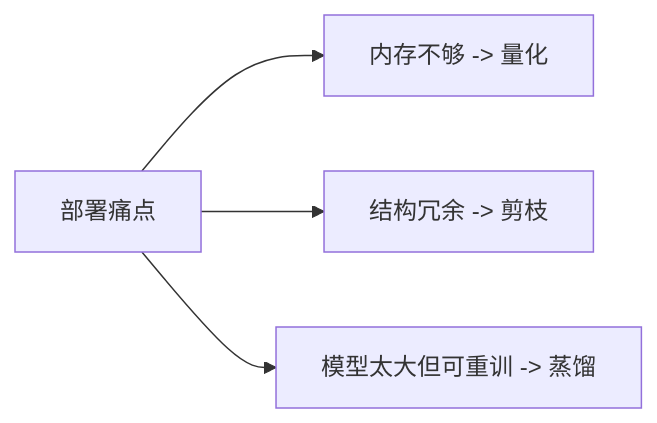
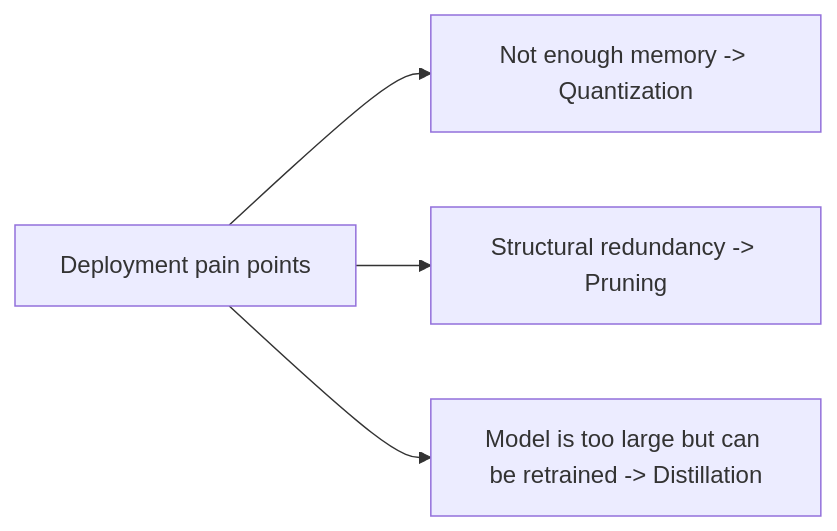
The first of 2 diagrams in docs/ch06-deep-learning/ch07-training-tips/03-model-compression.md (oudbiao/AI-fullstack-course), drawn with Mermaid before and after one commit. The commit also changed other lines of this file and 1406 other files, not shown here.

````diff
--- a/docs/ch06-deep-learning/ch07-training-tips/03-model-compression.md
+++ b/docs/ch06-deep-learning/ch07-training-tips/03-model-compression.md
@@ -36,6 +36,6 @@
 ```mermaid
 flowchart LR
-    A["部署痛点"] --> B["内存不够 -> 量化"]
-    A --> C["结构冗余 -> 剪枝"]
-    A --> D["模型太大但可重训 -> 蒸馏"]
+    A["Deployment pain points"] --> B["Not enough memory -> Quantization"]
+    A --> C["Structural redundancy -> Pruning"]
+    A --> D["Model is too large but can be retrained -> Distillation"]
 ```
````
